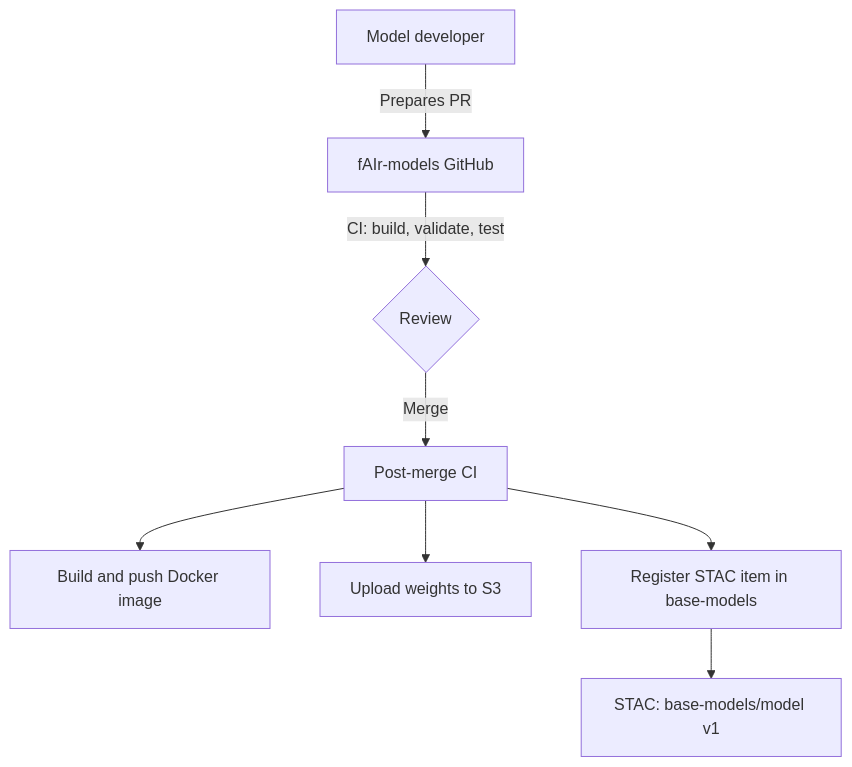
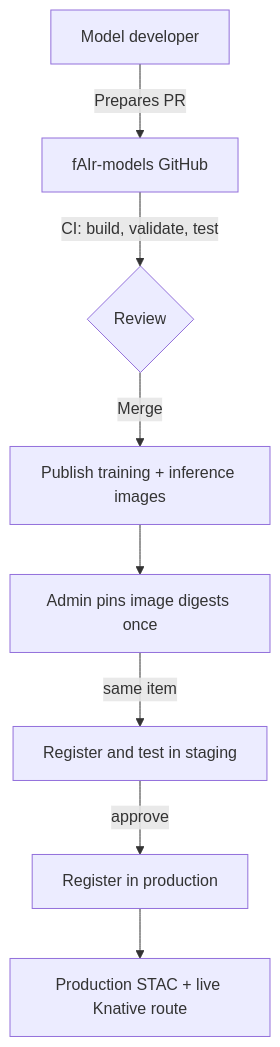
The second of 4 diagrams in docs/architecture/ml-pipeline.md (hotosm/fAIr), drawn with Mermaid before and after one commit. The commit also changed other lines of this file and 1 other file, not shown here.

First line of the commit message:
docs: model registration and knative release flow

````diff
--- a/docs/architecture/ml-pipeline.md
+++ b/docs/architecture/ml-pipeline.md
@@ -20,10 +41,10 @@
 ```mermaid
 flowchart TD
     A[Model developer] -->|Prepares PR| B[fAIr-models GitHub]
     B -->|CI: build, validate, test| C{Review}
-    C -->|Merge| D[Post-merge CI]
-    D --> E[Build and push Docker image]
-    D --> F[Upload weights to S3]
-    D --> G[Register STAC item in base-models]
-    G --> H[STAC: base-models/model v1]
+    C -->|Merge| D[Publish training + inference images]
+    D --> E[Admin pins image digests once]
+    E -->|same item| F[Register and test in staging]
+    F -->|approve| G[Register in production]
+    G --> H[Production STAC + live Knative route]
 ```
````
